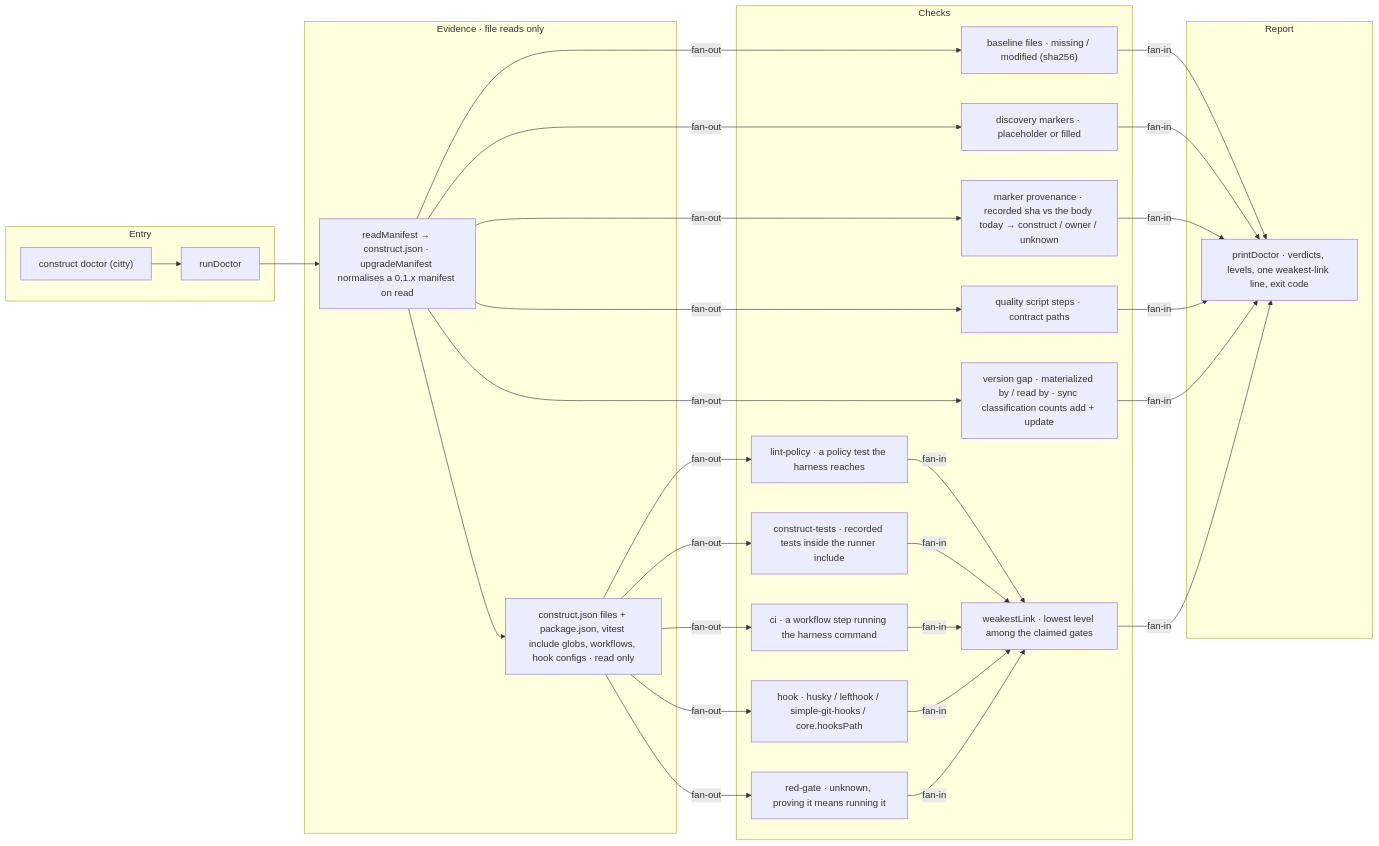
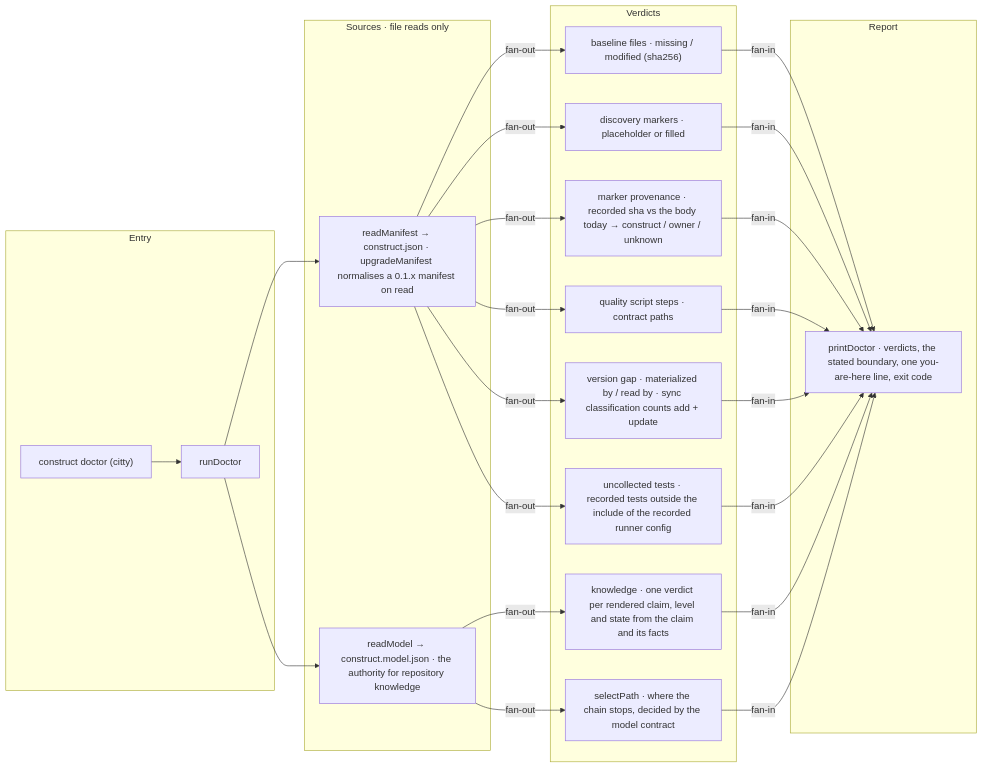
The diagram in architecture/doctor.md (E1i/mikoshi-construct), drawn with Mermaid before and after one commit. The commit also changed other lines of this file and 38 other files, not shown here.

First line of the commit message:
feat(doctor): the enforcement verdicts become a projection of the model

````diff
--- a/architecture/doctor.md
+++ b/architecture/doctor.md
@@ -10,51 +10,43 @@
 ```mermaid
 flowchart LR
   subgraph b_entry["Entry"]
     cli["construct doctor (citty)"]
     run["runDoctor"]
   end
-  subgraph b_evidence["Evidence · file reads only"]
+  subgraph b_evidence["Sources · file reads only"]
     manifest["readManifest → construct.json · upgradeManifest normalises a 0.1.x manifest on read"]
-    evidence["construct.json files + package.json, vitest include globs, workflows, hook configs · read only"]
+    model["readModel → construct.model.json · the authority for repository knowledge"]
   end
-  subgraph b_checks["Checks"]
+  subgraph b_checks["Verdicts"]
     files["baseline files · missing / modified (sha256)"]
     markers["discovery markers · placeholder or filled"]
     provenance["marker provenance · recorded sha vs the body today → construct / owner / unknown"]
     harness["quality script steps · contract paths"]
     versionGap["version gap · materialized by / read by · sync classification counts add + update"]
-    lintPolicy["lint-policy · a policy test the harness reaches"]
-    constructTests["construct-tests · recorded tests inside the runner include"]
-    ci["ci · a workflow step running the harness command"]
-    hook["hook · husky / lefthook / simple-git-hooks / core.hooksPath"]
-    redGate["red-gate · unknown, proving it means running it"]
-    weakest["weakestLink · lowest level among the claimed gates"]
+    uncollected["uncollected tests · recorded tests outside the include of the recorded runner config"]
+    projection["knowledge · one verdict per rendered claim, level and state from the claim and its facts"]
+    youAreHere["selectPath · where the chain stops, decided by the model contract"]
   end
   subgraph b_report["Report"]
-    print["printDoctor · verdicts, levels, one weakest-link line, exit code"]
+    print["printDoctor · verdicts, the stated boundary, one you-are-here line, exit code"]
   end
   cli --> run
   run --> manifest
-  manifest --> evidence
+  run --> model
   manifest -->|"fan-out"| files
   manifest -->|"fan-out"| markers
   manifest -->|"fan-out"| provenance
   manifest -->|"fan-out"| harness
   manifest -->|"fan-out"| versionGap
-  evidence -->|"fan-out"| lintPolicy
-  evidence -->|"fan-out"| constructTests
-  evidence -->|"fan-out"| ci
-  evidence -->|"fan-out"| hook
-  evidence -->|"fan-out"| redGate
-  lintPolicy -->|"fan-in"| weakest
-  constructTests -->|"fan-in"| weakest
-  ci -->|"fan-in"| weakest
-  hook -->|"fan-in"| weakest
-  redGate -->|"fan-in"| weakest
+  manifest -->|"fan-out"| uncollected
+  model -->|"fan-out"| projection
+  model -->|"fan-out"| youAreHere
   files -->|"fan-in"| print
   markers -->|"fan-in"| print
   provenance -->|"fan-in"| print
   harness -->|"fan-in"| print
   versionGap -->|"fan-in"| print
-  weakest -->|"fan-in"| print
+  uncollected -->|"fan-in"| print
+  projection -->|"fan-in"| print
+  youAreHere -->|"fan-in"| print
 ```
````
